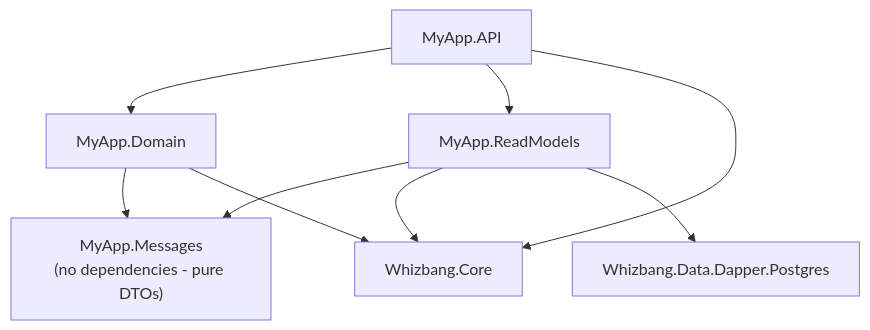
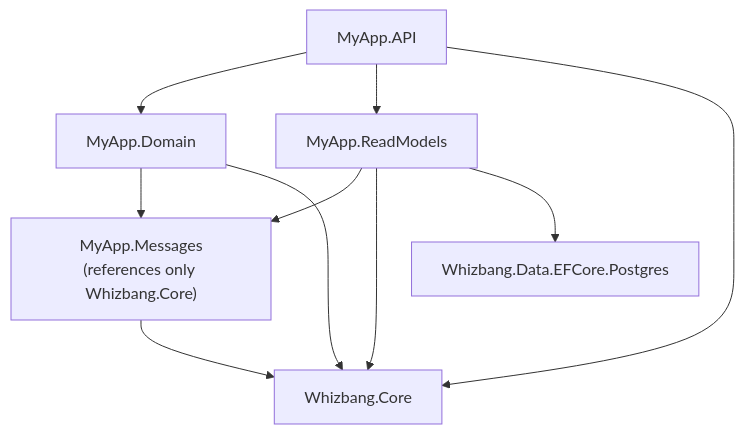
The diagram in src/assets/docs/v1.0.0/getting-started/project-structure.md (whizbang-lib/whizbang-lib.github.io), drawn with Mermaid before and after one commit. The commit also changed other lines of this file and 14 other files, not shown here.

````diff
--- a/src/assets/docs/v1.0.0/getting-started/project-structure.md
+++ b/src/assets/docs/v1.0.0/getting-started/project-structure.md
@@ -228,23 +249,24 @@
 ```mermaid
 flowchart TD
     API["MyApp.API"]
     Domain["MyApp.Domain"]
     ReadModels["MyApp.ReadModels"]
-    Messages["MyApp.Messages<br/>(no dependencies - pure DTOs)"]
+    Messages["MyApp.Messages<br/>(references only Whizbang.Core)"]
     Core["Whizbang.Core"]
-    Dapper["Whizbang.Data.Dapper.Postgres"]
+    EFCore["Whizbang.Data.EFCore.Postgres"]
 
     API --> Domain
     API --> ReadModels
     API --> Core
     Domain --> Messages
     Domain --> Core
     ReadModels --> Messages
     ReadModels --> Core
-    ReadModels --> Dapper
+    ReadModels --> EFCore
+    Messages --> Core
 
     class API,Domain layer-core
     class ReadModels layer-read
     class Messages layer-command
-    class Core,Dapper layer-infrastructure
+    class Core,EFCore layer-infrastructure
 ```
````
